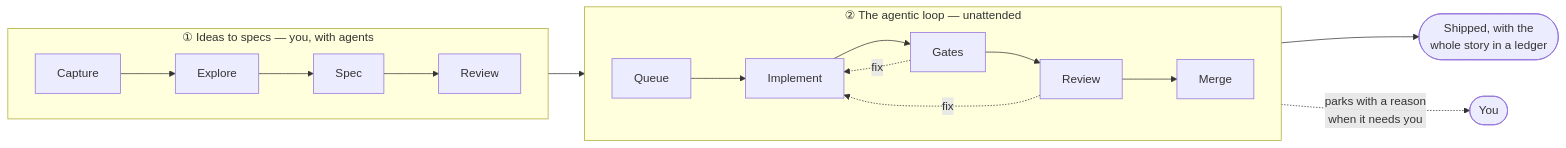
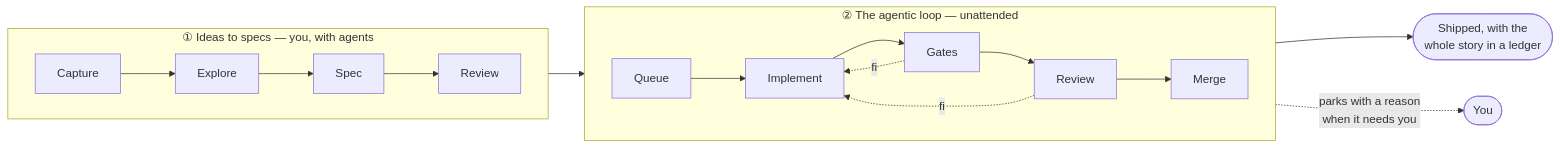
One commit to brunosmmm/nightwright changed the diagram in docs/product/index.md. Above: the diagram before and after it, drawn with Mermaid. The commit also changed other lines of this file and 38 other files, not shown here.

````diff
--- a/docs/product/index.md
+++ b/docs/product/index.md
@@ -9,16 +9,16 @@
 ```mermaid
 flowchart LR
     subgraph p1["① Ideas to specs — you, with agents"]
         direction LR
         C["Capture"] --> X["Explore"] --> S["Spec"] --> R["Review"]
     end
     subgraph p2["② The agentic loop — unattended"]
         direction LR
         Q["Queue"] --> I["Implement"] --> G["Gates"] --> V["Review"] --> M["Merge"]
-        G -. fix .-> I
-        V -. fix .-> I
+        G -. fix.-> I
+        V -. fix.-> I
     end
     R --> Q
     M --> D(["Shipped, with the<br/>whole story in a ledger"])
-    p2 -. "parks with a reason<br/>when it needs you" .-> H(["You"])
+    p2 -. "parks with a reason<br/>when it needs you".-> H(["You"])
 ```
````
